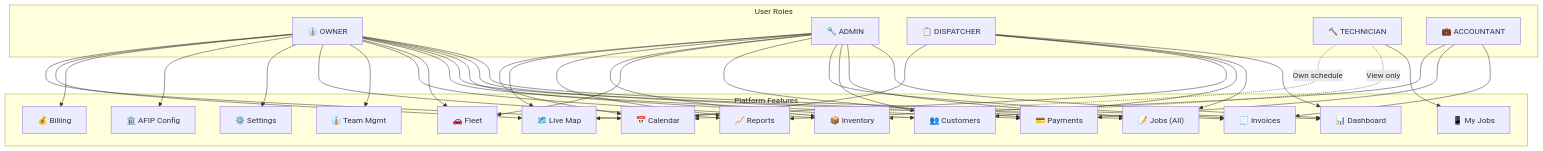
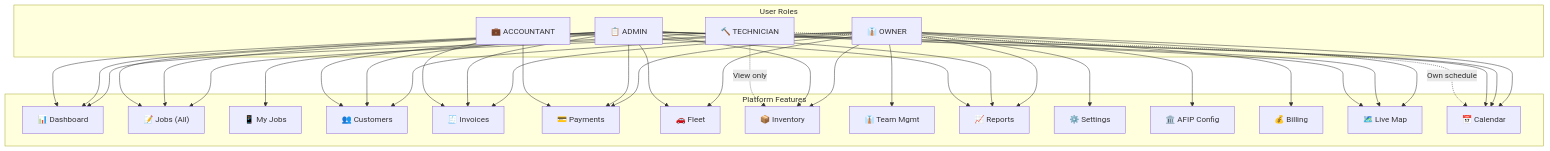
The tenth of 10 diagrams in architecture/campotech-architecture-complete.md (leftonspace/CampoTech), drawn with Mermaid before and after one commit. The commit also changed other lines of this file and 146 other files, not shown here.

Commit message:
feat: Establish foundational application structure, implement core features and APIs across web, mobile, and admin, and add comprehensive documentation, architecture, and testing.

````diff
--- a/architecture/campotech-architecture-complete.md
+++ b/architecture/campotech-architecture-complete.md
@@ -1400,43 +1400,43 @@
 ```mermaid
 flowchart TB
     subgraph ROLES["User Roles"]
         R_OWNER["👔 OWNER"]
         R_ADMIN["🔧 ADMIN"]
-        R_DISPATCHER["📋 DISPATCHER"]
+        R_ADMIN["📋 ADMIN"]
         R_TECH["🔨 TECHNICIAN"]
         R_ACCOUNTANT["💼 ACCOUNTANT"]
     end
 
     subgraph FEATURES["Platform Features"]
         F_DASHBOARD["📊 Dashboard"]
         F_JOBS["📝 Jobs (All)"]
         F_MY_JOBS["📱 My Jobs"]
         F_CUSTOMERS["👥 Customers"]
         F_INVOICES["🧾 Invoices"]
         F_PAYMENTS["💳 Payments"]
         F_FLEET["🚗 Fleet"]
         F_INVENTORY["📦 Inventory"]
         F_TEAM["👔 Team Mgmt"]
         F_REPORTS["📈 Reports"]
         F_SETTINGS["⚙️ Settings"]
         F_AFIP["🏛️ AFIP Config"]
         F_BILLING["💰 Billing"]
         F_MAP["🗺️ Live Map"]
         F_CALENDAR["📅 Calendar"]
     end
 
     R_OWNER --> F_DASHBOARD & F_JOBS & F_CUSTOMERS & F_INVOICES & F_PAYMENTS
     R_OWNER --> F_FLEET & F_INVENTORY & F_TEAM & F_REPORTS & F_SETTINGS
     R_OWNER --> F_AFIP & F_BILLING & F_MAP & F_CALENDAR
 
     R_ADMIN --> F_DASHBOARD & F_JOBS & F_CUSTOMERS & F_INVOICES & F_PAYMENTS
     R_ADMIN --> F_FLEET & F_INVENTORY & F_REPORTS & F_MAP & F_CALENDAR
 
-    R_DISPATCHER --> F_DASHBOARD & F_JOBS & F_CUSTOMERS & F_MAP & F_CALENDAR
+    R_ADMIN --> F_DASHBOARD & F_JOBS & F_CUSTOMERS & F_MAP & F_CALENDAR
 
     R_TECH --> F_MY_JOBS
     R_TECH -.->|"View only"| F_INVENTORY
     R_TECH -.->|"Own schedule"| F_CALENDAR
 
     R_ACCOUNTANT --> F_INVOICES & F_PAYMENTS & F_REPORTS
 ```
````
